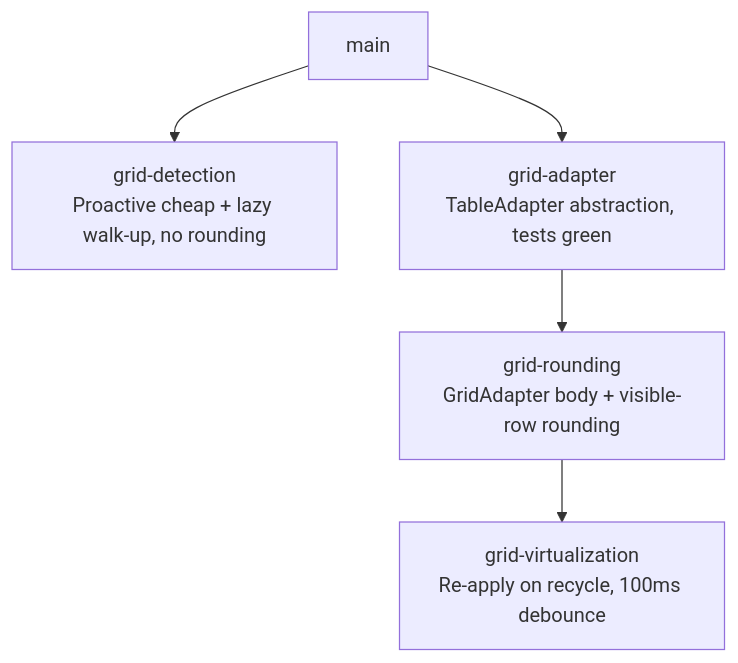
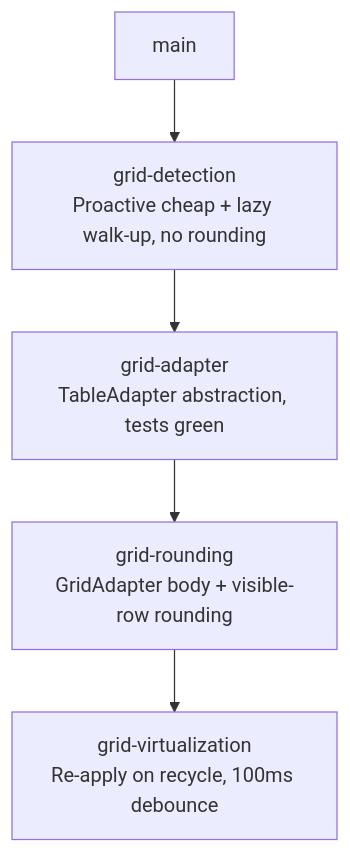
The diagram in docs/sprint-plans/grid-support.md (ArieFisher/dynamic-rounding), drawn with Mermaid before and after one commit. The commit also changed other lines of this file, not shown here.

````diff
--- a/docs/sprint-plans/grid-support.md
+++ b/docs/sprint-plans/grid-support.md
@@ -240,12 +247,12 @@
 ```mermaid
 flowchart TD
     base[main]
     s1["grid-detection<br/>Proactive cheap + lazy walk-up, no rounding"]
     s2["grid-adapter<br/>TableAdapter abstraction, tests green"]
     s3["grid-rounding<br/>GridAdapter body + visible-row rounding"]
     s4["grid-virtualization<br/>Re-apply on recycle, 100ms debounce"]
     base --> s1
-    base --> s2
+    s1 --> s2
     s2 --> s3
     s3 --> s4
 ```
````
